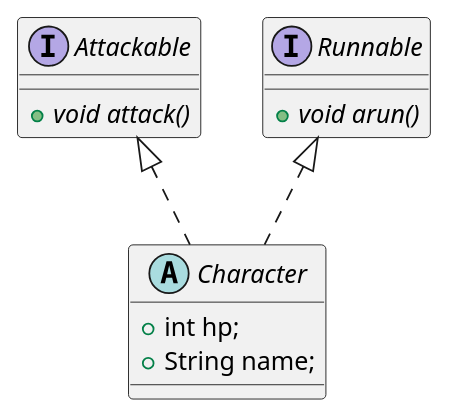
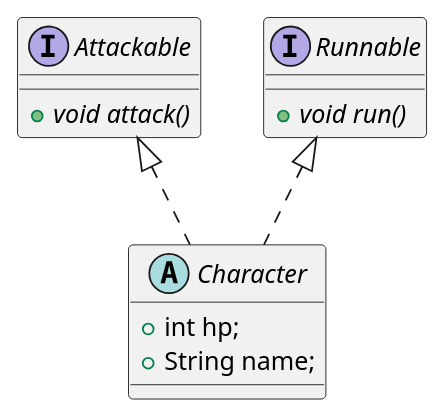
The diagram in lib/05_abstract_class_interface/character.puml (SeSAC-Flutter-6/learn_dart_together), drawn with PlantUML before and after one commit. The commit also changed 4 other files, not shown here.

```diff
--- a/lib/05_abstract_class_interface/character.puml
+++ b/lib/05_abstract_class_interface/character.puml
@@ -1,16 +1,16 @@
 @startuml
 
 interface Attackable {
     + {abstract} void attack()
 }
 
 interface Runnable {
-    + {abstract} void arun()
+    + {abstract} void run()
 }
 
 abstract class Character implements Attackable, Runnable {
     + int hp;
     + String name;
 }
 
 @enduml 
```
